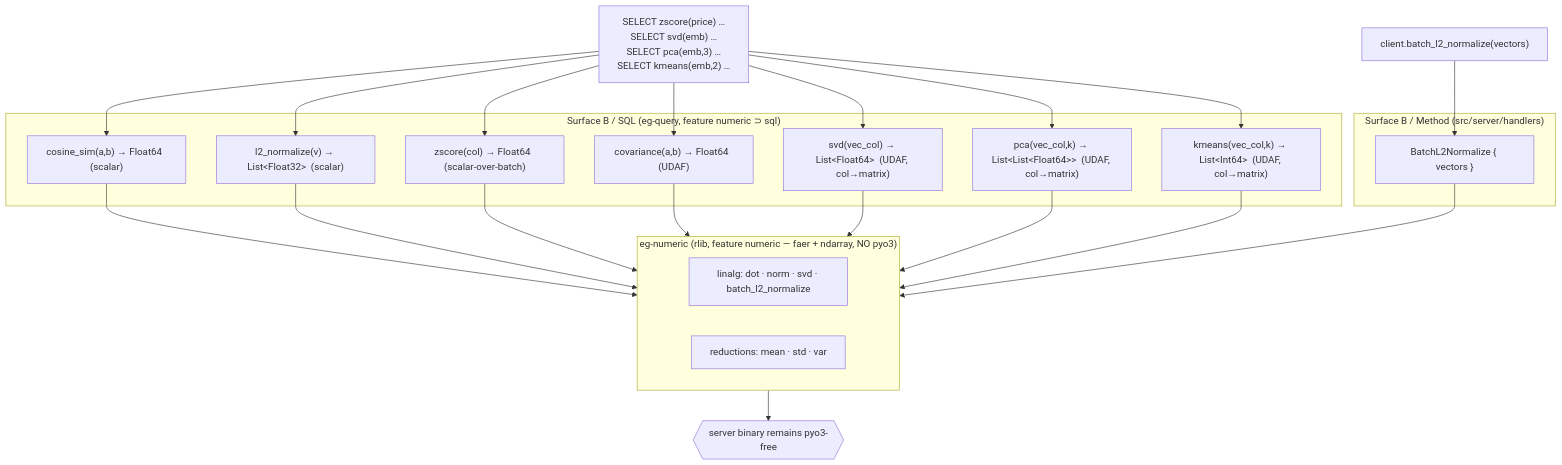
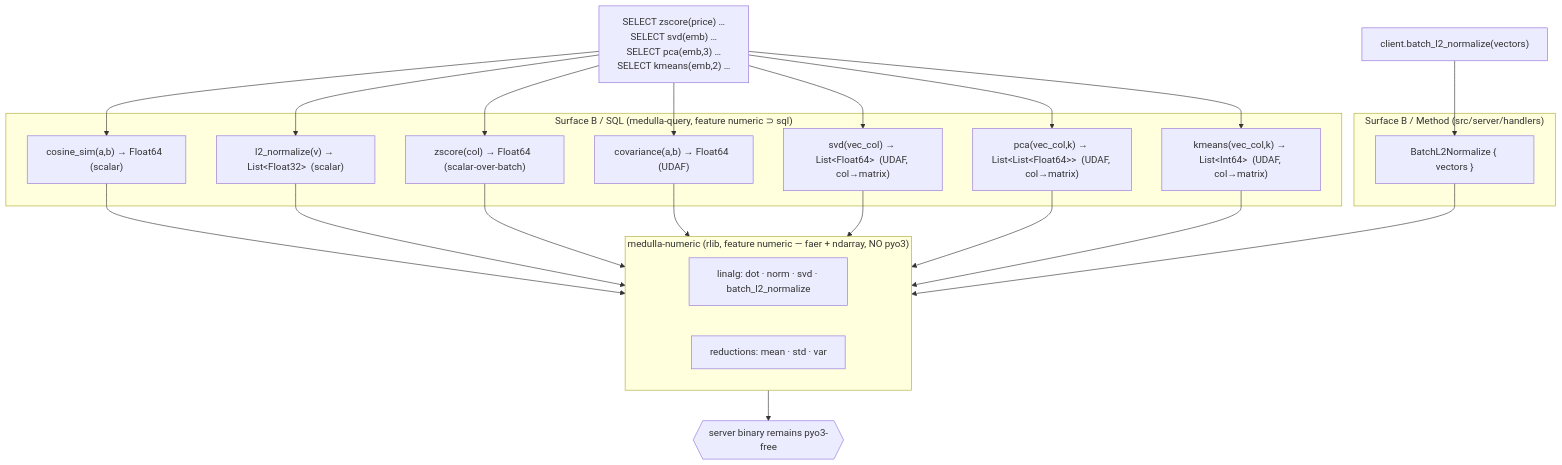
The second of 3 diagrams in docs/architecture/numeric_kernel.md (Knuckles-Team/epistemic-graph), drawn with Mermaid before and after one commit. The commit also changed other lines of this file and 5990 other files, not shown here.

First line of the commit message:
refactor!: rename epistemic-graph to medulla end to end (hard cutover)

````diff
--- a/docs/architecture/numeric_kernel.md
+++ b/docs/architecture/numeric_kernel.md
@@ -232,23 +232,23 @@
 ```mermaid
 flowchart TD
-    subgraph kernel["eg-numeric (rlib, feature numeric — faer + ndarray, NO pyo3)"]
+    subgraph kernel["medulla-numeric (rlib, feature numeric — faer + ndarray, NO pyo3)"]
       K1["linalg: dot · norm · svd · batch_l2_normalize"]
       K2["reductions: mean · std · var"]
     end
-    subgraph sql["Surface B / SQL  (eg-query, feature numeric ⊃ sql)"]
+    subgraph sql["Surface B / SQL  (medulla-query, feature numeric ⊃ sql)"]
       U1["cosine_sim(a,b) → Float64  (scalar)"]
       U2["l2_normalize(v) → List&lt;Float32&gt;  (scalar)"]
       U3["zscore(col) → Float64  (scalar-over-batch)"]
       U4["covariance(a,b) → Float64  (UDAF)"]
       U5["svd(vec_col) → List&lt;Float64&gt;  (UDAF, col→matrix)"]
       U6["pca(vec_col,k) → List&lt;List&lt;Float64&gt;&gt;  (UDAF, col→matrix)"]
       U7["kmeans(vec_col,k) → List&lt;Int64&gt;  (UDAF, col→matrix)"]
     end
     subgraph rpc["Surface B / Method  (src/server/handlers)"]
       M1["BatchL2Normalize { vectors }"]
     end
     SQL["SELECT zscore(price) …\nSELECT svd(emb) …\nSELECT pca(emb,3) …\nSELECT kmeans(emb,2) …"] --> U1 & U2 & U3 & U4 & U5 & U6 & U7
     U1 & U2 & U3 & U4 & U5 & U6 & U7 --> kernel
     client["client.batch_l2_normalize(vectors)"] --> M1 --> kernel
     kernel --> boundary{{"server binary remains pyo3-free"}}
 ```
````
